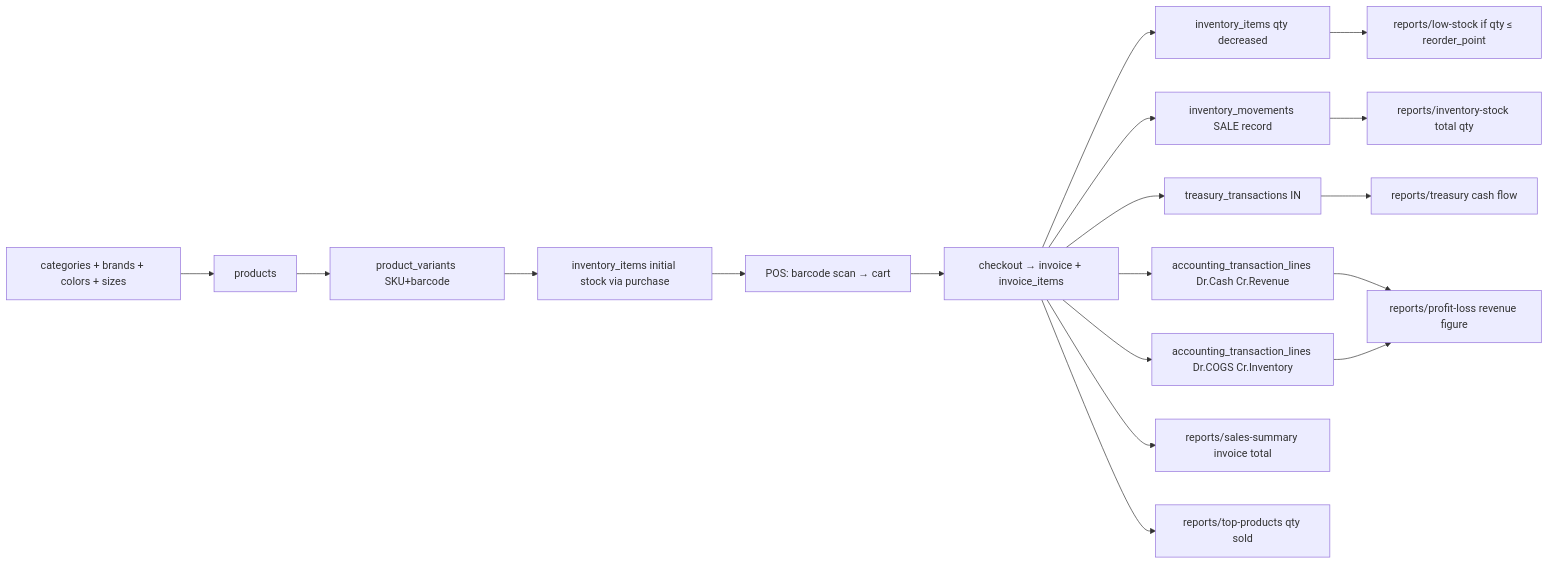
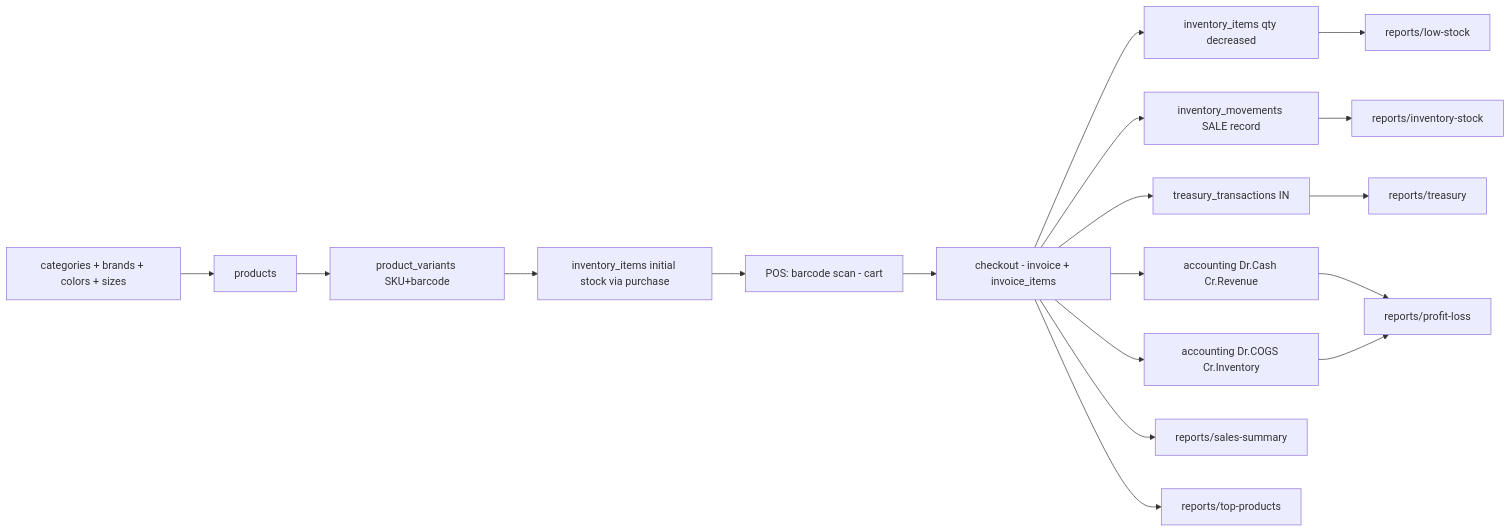
One commit to alydesouki/ERP changed the tenth of 11 diagrams in documentation/Code-Flow.md. Above: the diagram before and after it, drawn with Mermaid. The commit also changed other lines of this file and 10 other files, not shown here.

````diff
--- a/documentation/Code-Flow.md
+++ b/documentation/Code-Flow.md
@@ -189,21 +273,21 @@
 ```mermaid
 flowchart LR
     A[categories + brands + colors + sizes] --> B[products]
     B --> C[product_variants SKU+barcode]
     C --> D[inventory_items initial stock via purchase]
-    D --> E[POS: barcode scan → cart]
-    E --> F[checkout → invoice + invoice_items]
+    D --> E[POS: barcode scan - cart]
+    E --> F[checkout - invoice + invoice_items]
     F --> G[inventory_items qty decreased]
     F --> H[inventory_movements SALE record]
     F --> I[treasury_transactions IN]
-    F --> J[accounting_transaction_lines Dr.Cash Cr.Revenue]
-    F --> K[accounting_transaction_lines Dr.COGS Cr.Inventory]
+    F --> J[accounting Dr.Cash Cr.Revenue]
+    F --> K[accounting Dr.COGS Cr.Inventory]
     
-    G --> L[reports/low-stock if qty ≤ reorder_point]
-    H --> M[reports/inventory-stock total qty]
-    J --> N[reports/profit-loss revenue figure]
+    G --> L[reports/low-stock]
+    H --> M[reports/inventory-stock]
+    J --> N[reports/profit-loss]
     K --> N
-    I --> O[reports/treasury cash flow]
-    F --> P[reports/sales-summary invoice total]
-    F --> Q[reports/top-products qty sold]
+    I --> O[reports/treasury]
+    F --> P[reports/sales-summary]
+    F --> Q[reports/top-products]
 ```
````
